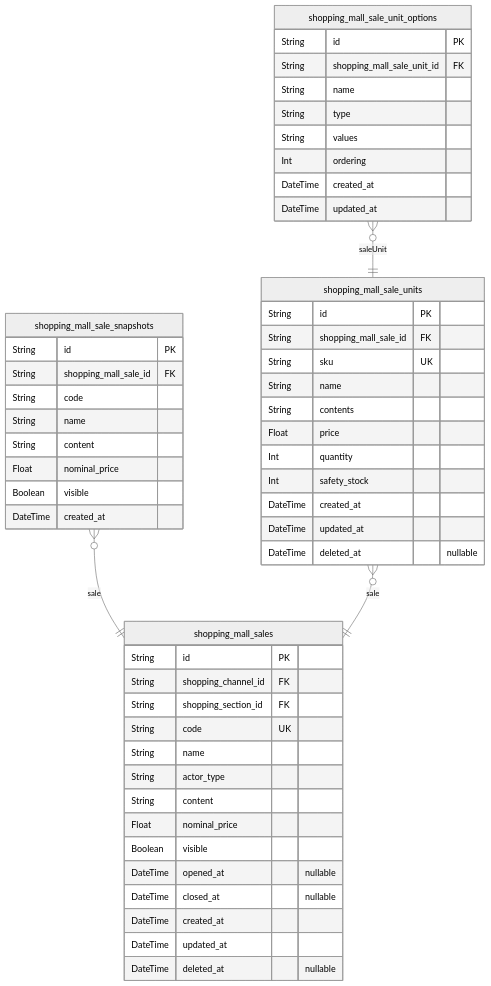
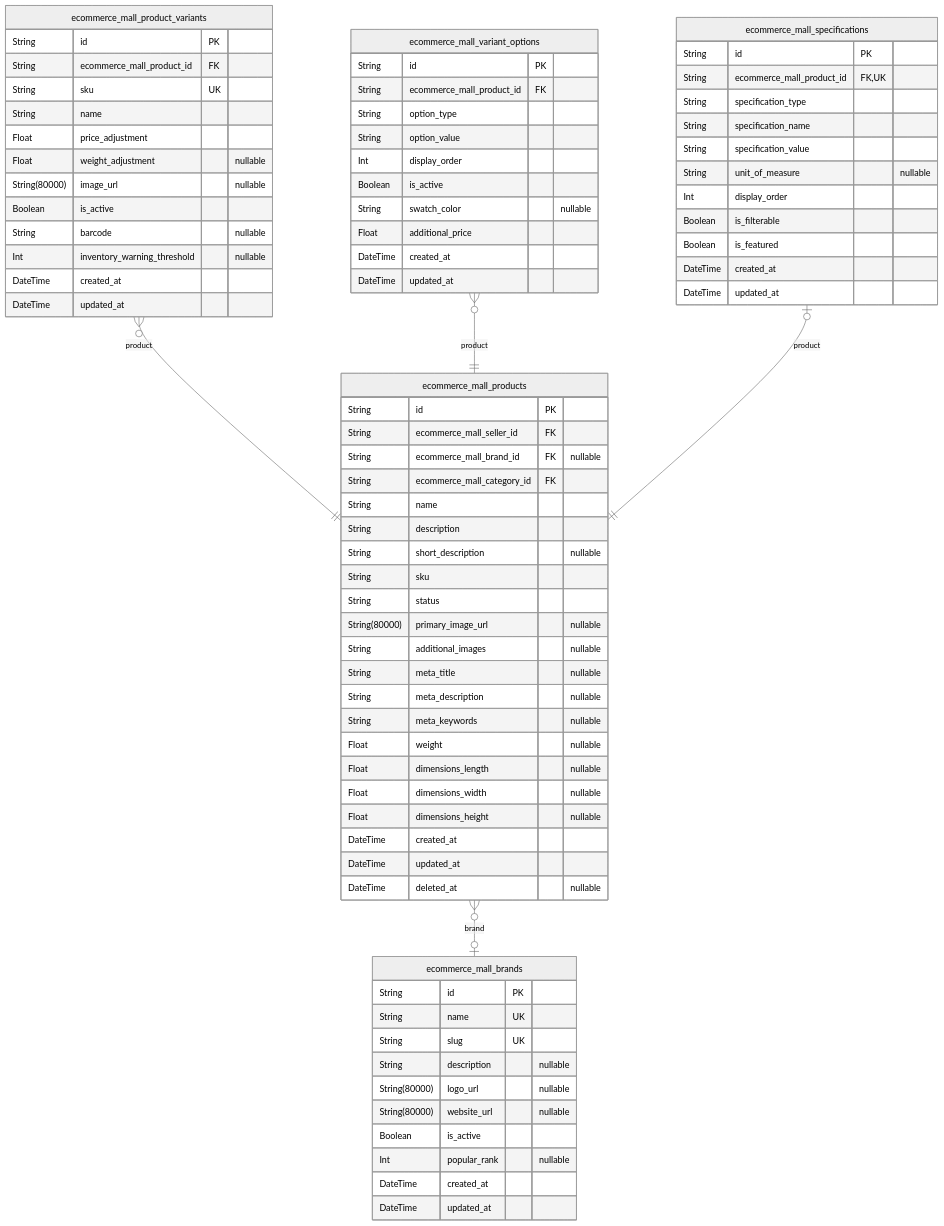
One commit to wrtnlabs/autobe-examples changed the third of 11 diagrams in moonshotai/kimi-k2-0905-exacto/shopping/docs/ERD.md. Above: the diagram before and after it, drawn with Mermaid (neutral theme). The commit also changed other lines of this file and 3761 other files, not shown here.

````diff
--- a/moonshotai/kimi-k2-0905-exacto/shopping/docs/ERD.md
+++ b/moonshotai/kimi-k2-0905-exacto/shopping/docs/ERD.md
@@ -502,55 +767,81 @@
 ```mermaid
 erDiagram
-"shopping_mall_sales" {
+"ecommerce_mall_products" {
   String id PK
-  String shopping_channel_id FK
-  String shopping_section_id FK
-  String code UK
+  String ecommerce_mall_seller_id FK
+  String ecommerce_mall_brand_id FK "nullable"
+  String ecommerce_mall_category_id FK
   String name
-  String actor_type
-  String content
-  Float nominal_price
-  Boolean visible
-  DateTime opened_at "nullable"
-  DateTime closed_at "nullable"
+  String description
+  String short_description "nullable"
+  String sku
+  String status
+  String(80000) primary_image_url "nullable"
+  String additional_images "nullable"
+  String meta_title "nullable"
+  String meta_description "nullable"
+  String meta_keywords "nullable"
+  Float weight "nullable"
+  Float dimensions_length "nullable"
+  Float dimensions_width "nullable"
+  Float dimensions_height "nullable"
   DateTime created_at
   DateTime updated_at
   DateTime deleted_at "nullable"
 }
-"shopping_mall_sale_snapshots" {
+"ecommerce_mall_product_variants" {
   String id PK
-  String shopping_mall_sale_id FK
-  String code
-  String name
-  String content
-  Float nominal_price
-  Boolean visible
-  DateTime created_at
-}
-"shopping_mall_sale_units" {
-  String id PK
-  String shopping_mall_sale_id FK
+  String ecommerce_mall_product_id FK
   String sku UK
   String name
-  String contents
-  Float price
-  Int quantity
-  Int safety_stock
-  DateTime created_at
-  DateTime updated_at
-  DateTime deleted_at "nullable"
-}
-"shopping_mall_sale_unit_options" {
-  String id PK
-  String shopping_mall_sale_unit_id FK
-  String name
-  String type
-  String values
-  Int ordering
+  Float price_adjustment
+  Float weight_adjustment "nullable"
+  String(80000) image_url "nullable"
+  Boolean is_active
+  String barcode "nullable"
+  Int inventory_warning_threshold "nullable"
   DateTime created_at
   DateTime updated_at
 }
-"shopping_mall_sale_snapshots" }o--|| "shopping_mall_sales" : sale
-"shopping_mall_sale_units" }o--|| "shopping_mall_sales" : sale
-"shopping_mall_sale_unit_options" }o--|| "shopping_mall_sale_units" : saleUnit
+"ecommerce_mall_variant_options" {
+  String id PK
+  String ecommerce_mall_product_id FK
+  String option_type
+  String option_value
+  Int display_order
+  Boolean is_active
+  String swatch_color "nullable"
+  Float additional_price
+  DateTime created_at
+  DateTime updated_at
+}
+"ecommerce_mall_brands" {
+  String id PK
+  String name UK
+  String slug UK
+  String description "nullable"
+  String(80000) logo_url "nullable"
+  String(80000) website_url "nullable"
+  Boolean is_active
+  Int popular_rank "nullable"
+  DateTime created_at
+  DateTime updated_at
+}
+"ecommerce_mall_specifications" {
+  String id PK
+  String ecommerce_mall_product_id FK,UK
+  String specification_type
+  String specification_name
+  String specification_value
+  String unit_of_measure "nullable"
+  Int display_order
+  Boolean is_filterable
+  Boolean is_featured
+  DateTime created_at
+  DateTime updated_at
+}
+"ecommerce_mall_products" }o--o| "ecommerce_mall_brands" : brand
+"ecommerce_mall_product_variants" }o--|| "ecommerce_mall_products" : product
+"ecommerce_mall_variant_options" }o--|| "ecommerce_mall_products" : product
+"ecommerce_mall_specifications" |o--|| "ecommerce_mall_products" : product
 ```
````
